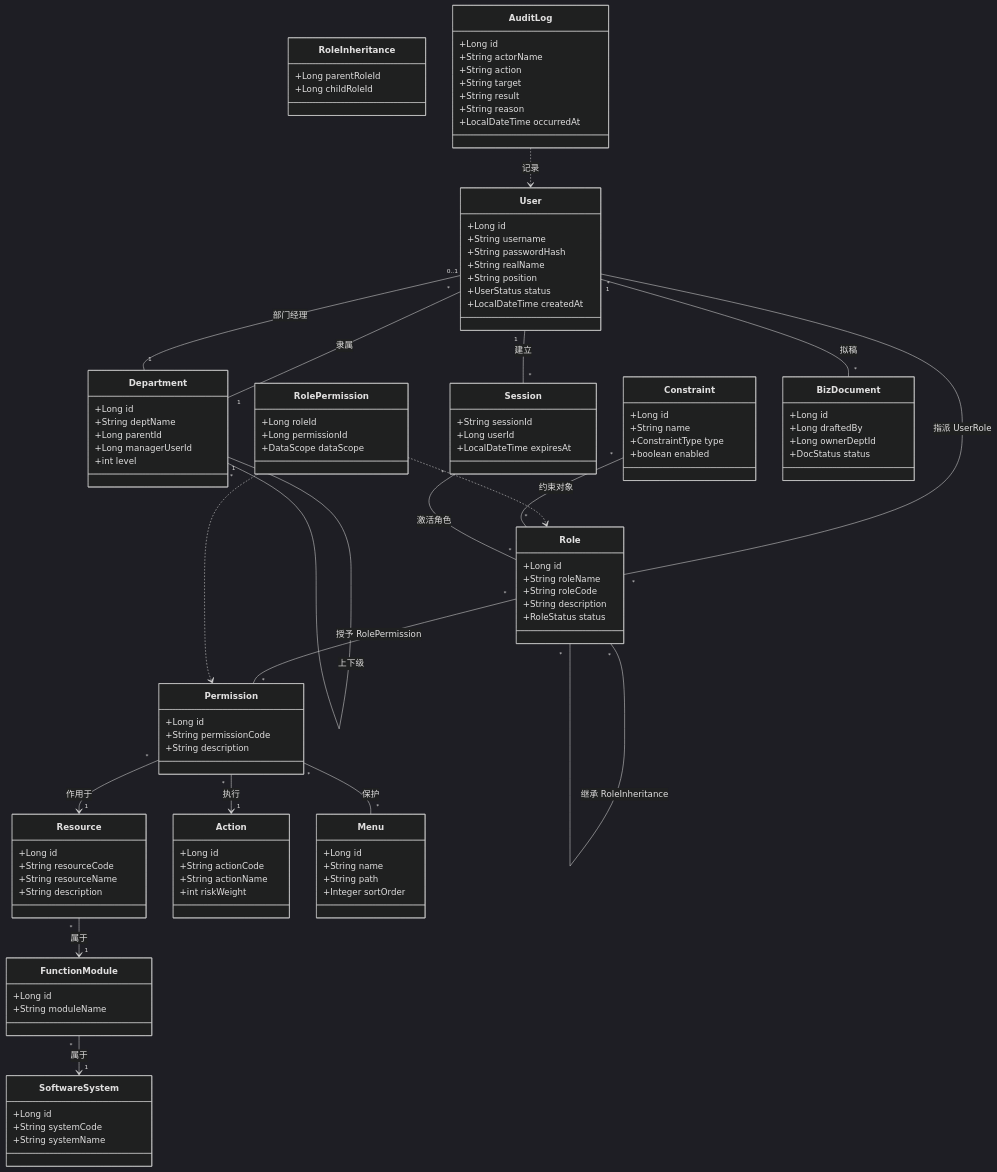
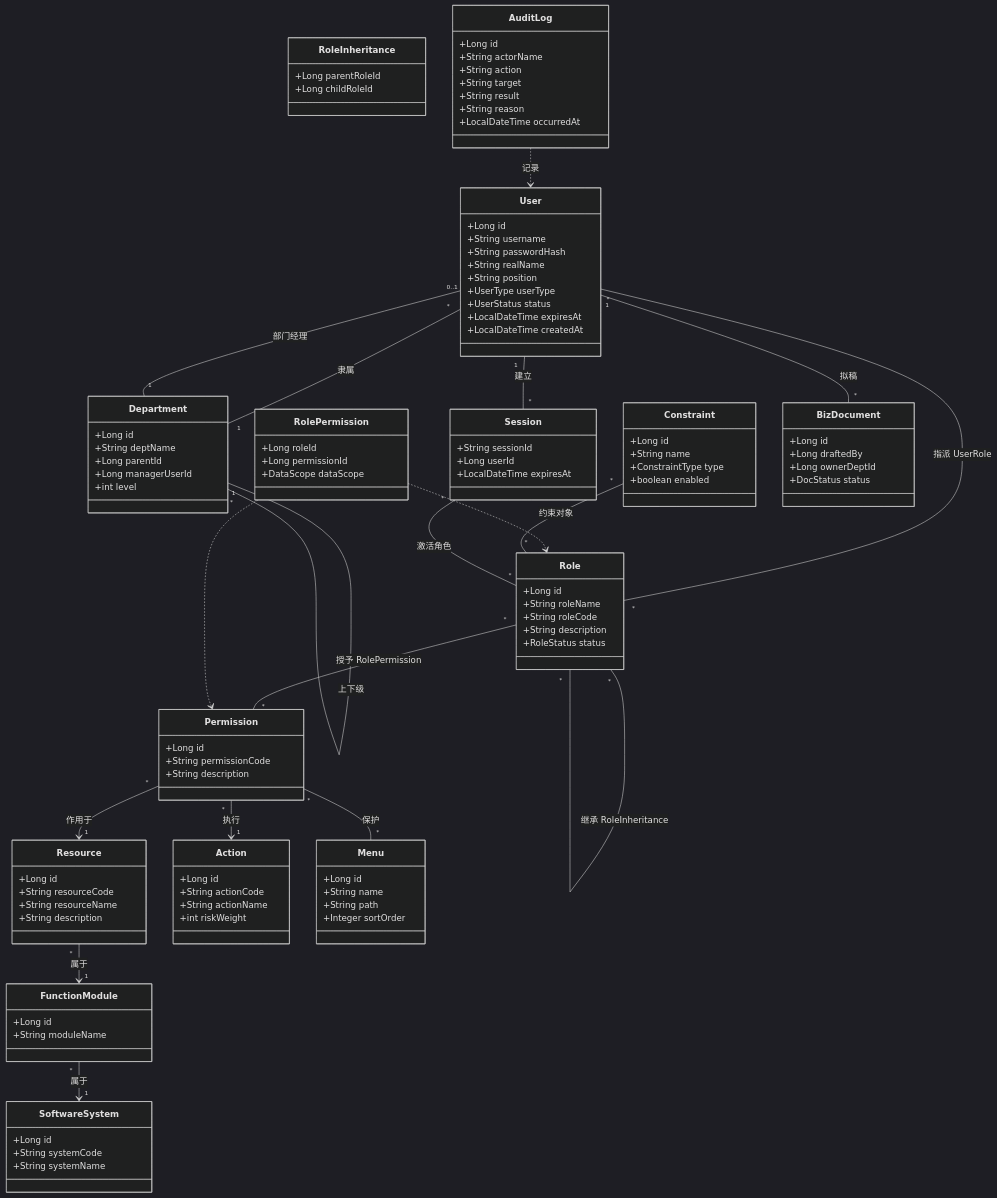
The first of 7 diagrams in docs/01-srs.md (vintcessun/OOAD), drawn with Mermaid (dark theme) before and after one commit. The commit also changed other lines of this file and 9 other files, not shown here.

```diff
--- a/docs/01-srs.md
+++ b/docs/01-srs.md
@@ -190,7 +196,9 @@
         +String passwordHash
         +String realName
         +String position
+        +UserType userType
         +UserStatus status
+        +LocalDateTime expiresAt
         +LocalDateTime createdAt
     }
     class Department {
```
